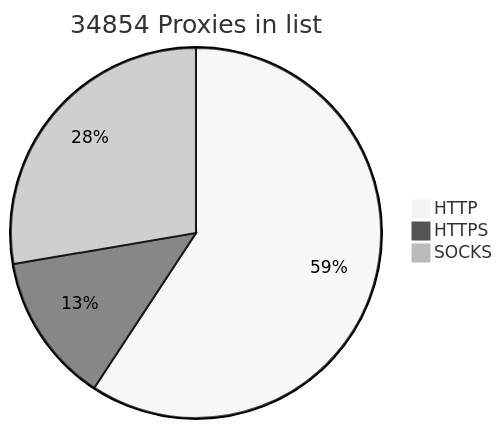
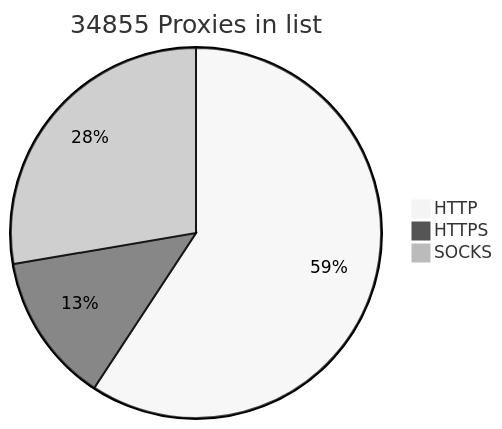
Before and after one commit to BlackSnowDot/proxylist-update-every-minute: the diagram in README.md, drawn with Mermaid (neutral theme).

````diff
--- a/README.md
+++ b/README.md
@@ -2,6 +2,6 @@
 ```mermaid
-pie title 34854 Proxies in list
+pie title 34855 Proxies in list
     "HTTP" : 22914
-    "HTTPS": 5055
-    "SOCKS" : 10705
+    "HTTPS": 5054
+    "SOCKS" : 10706
 ```
````
